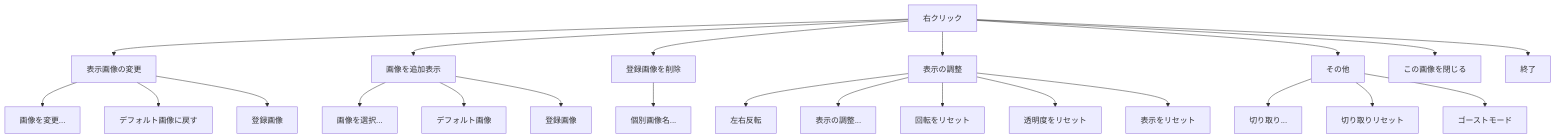
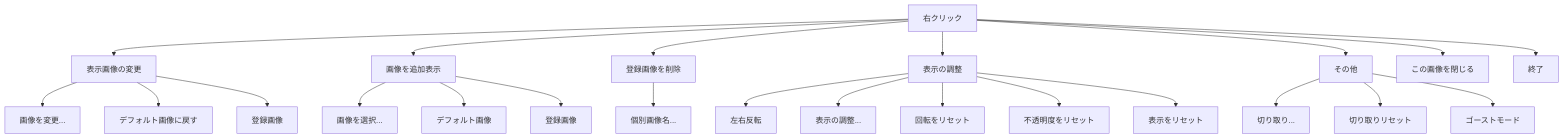
The third of 4 diagrams in docs/guide/usage.md (shiroemons/sobani), drawn with Mermaid before and after one commit. The commit also changed other lines of this file and 6 other files, not shown here.

````diff
--- a/docs/guide/usage.md
+++ b/docs/guide/usage.md
@@ -95,30 +95,30 @@
 ```mermaid
 flowchart TD
     RC[右クリック] --> CHANGE[表示画像の変更]
     CHANGE --> CHANGE_FILE[画像を変更...]
     CHANGE --> CHANGE_DEFAULT["デフォルト画像に戻す"]
     CHANGE --> CHANGE_REG["登録画像"]
 
     RC --> ADD[画像を追加表示]
     ADD --> ADD_FILE["画像を選択..."]
     ADD --> ADD_DEFAULT["デフォルト画像"]
     ADD --> ADD_REG["登録画像"]
 
     RC --> DELETE[登録画像を削除]
     DELETE --> DELETE_REG["個別画像名..."]
 
     RC --> VIEW[表示の調整]
     VIEW --> FLIP[左右反転]
     VIEW --> PANEL["表示の調整..."]
     VIEW --> RESET_ROT[回転をリセット]
-    VIEW --> RESET_OPA[透明度をリセット]
+    VIEW --> RESET_OPA[不透明度をリセット]
     VIEW --> RESET_ALL[表示をリセット]
 
     RC --> OTHER[その他]
     OTHER --> CROP["切り取り..."]
     OTHER --> CROP_RESET["切り取りリセット"]
     OTHER --> GHOST["ゴーストモード"]
 
     RC --> CLOSE[この画像を閉じる]
     RC --> QUIT[終了]
 ```
````
